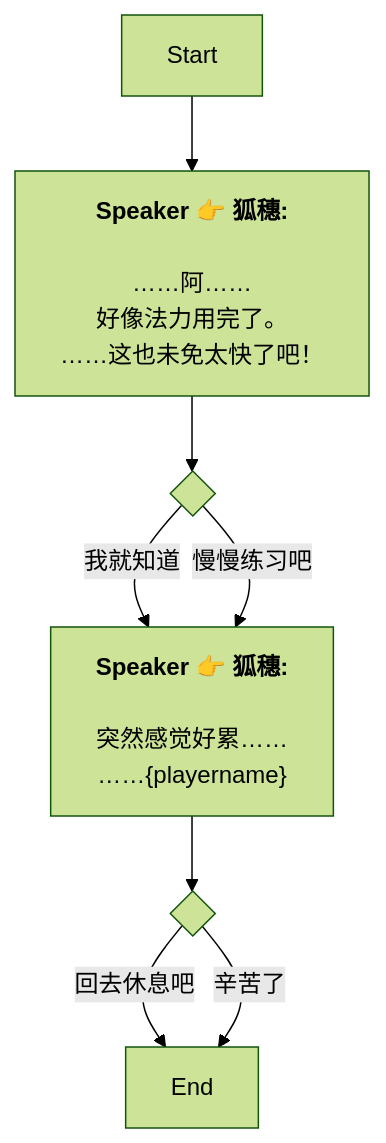
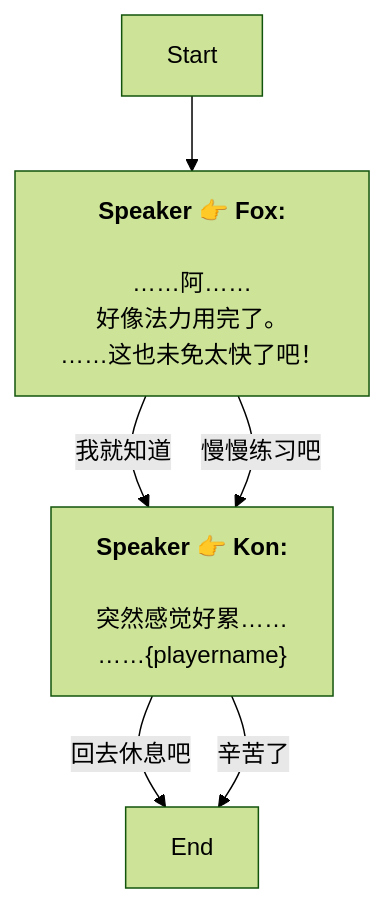
The diagram in Zh/QuestStartTalkENode_1764843102791930.md (SoftHu/tos_avg), drawn with Mermaid (forest theme) before and after one commit. The commit also changed 737 other files, not shown here.

````diff
--- a/Zh/QuestStartTalkENode_1764843102791930.md
+++ b/Zh/QuestStartTalkENode_1764843102791930.md
@@ -1,21 +1,15 @@
 ```mermaid
 graph
-Start -->1764843163038974[<b>Speaker 👉 狐穗:</b>
+Start -->1764843163038974[<b>Speaker 👉 Fox:</b>
+\n……阿……
+好像法力用完了。\n……这也未免太快了吧！]
+1764843163038974 -->|我就知道|1764843275170052[<b>Speaker 👉 Kon:</b>
+\n突然感觉好累……
+……&lbrace;playername&rbrace;]
+1764843163038974 -->|慢慢练习吧|1764843275170052[<b>Speaker 👉 Kon:</b>
+\n突然感觉好累……
+……&lbrace;playername&rbrace;]
+1764843275170052 -->|回去休息吧|1764893393003223[End]
+1764843275170052 -->|辛苦了|1764893393003223[End]
 
-……阿……
-好像法力用完了。
-……这也未免太快了吧！]
-1764843163038974 -->1764843228491007{ }
-1764843228491007 -->|我就知道|1764843275170052[<b>Speaker 👉 狐穗:</b>
-
-突然感觉好累……
-……&lbrace;playername&rbrace;]
-1764843228491007 -->|慢慢练习吧|1764843275170052[<b>Speaker 👉 狐穗:</b>
-
-突然感觉好累……
-……&lbrace;playername&rbrace;]
-1764843275170052 -->1764893374842578{ }
-1764893374842578 -->|回去休息吧|1764893393003223[End]
-1764893374842578 -->|辛苦了|1764893393003223[End]
-
- ```
+```
````
